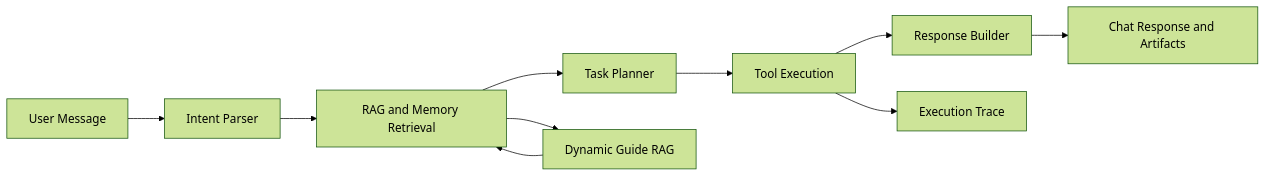
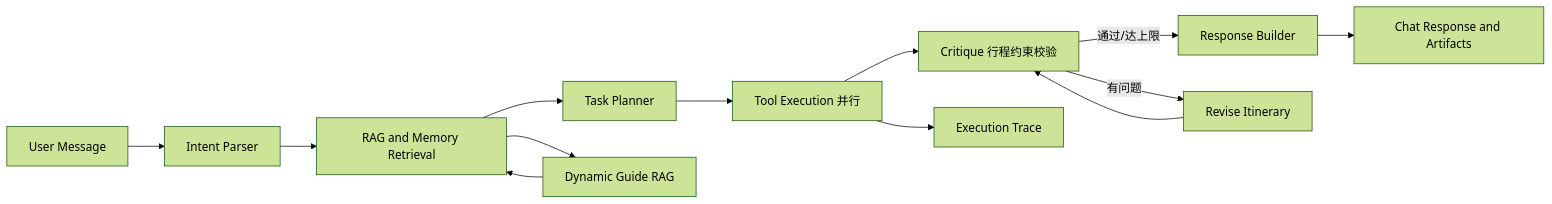
One commit to ssr2004/trip-assistant changed the diagram in README.md. Above: the diagram before and after it, drawn with Mermaid (forest theme). The commit also changed other lines of this file, not shown here.

````diff
--- a/README.md
+++ b/README.md
@@ -39,12 +41,15 @@
 ```mermaid
 flowchart LR
     A[User Message] --> B[Intent Parser]
     B --> C[RAG and Memory Retrieval]
     C --> D[Task Planner]
-    D --> E[Tool Execution]
-    E --> F[Response Builder]
-    F --> G[Chat Response and Artifacts]
-    E --> H[Execution Trace]
-    C --> I[Dynamic Guide RAG]
-    I --> C
+    D --> E[Tool Execution 并行]
+    E --> F[Critique 行程约束校验]
+    F -->|通过/达上限| G[Response Builder]
+    F -->|有问题| H[Revise Itinerary]
+    H --> F
+    G --> I[Chat Response and Artifacts]
+    E --> J[Execution Trace]
+    C --> K[Dynamic Guide RAG]
+    K --> C
 ```
````
